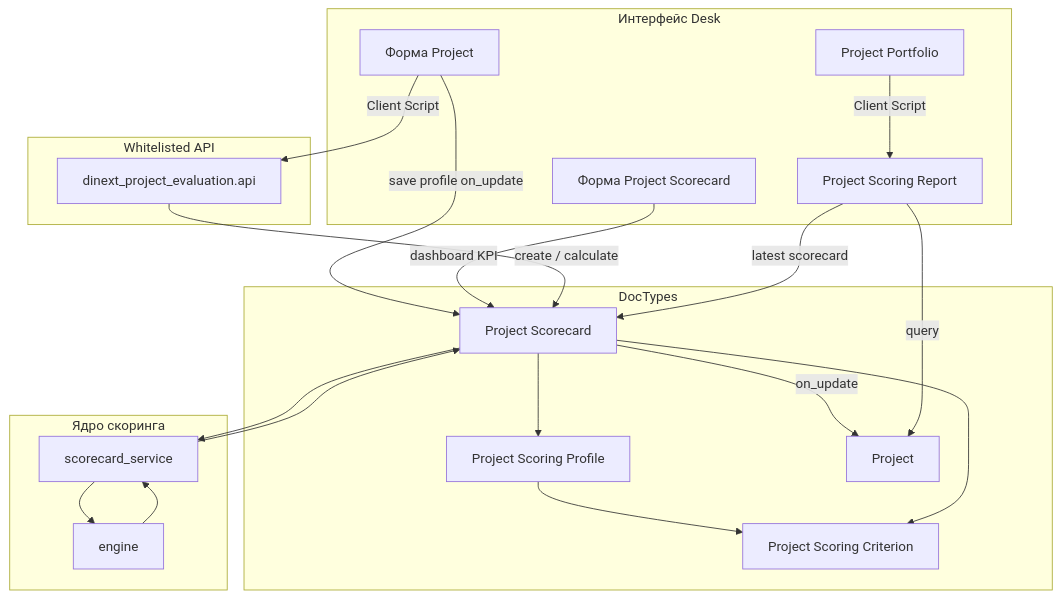
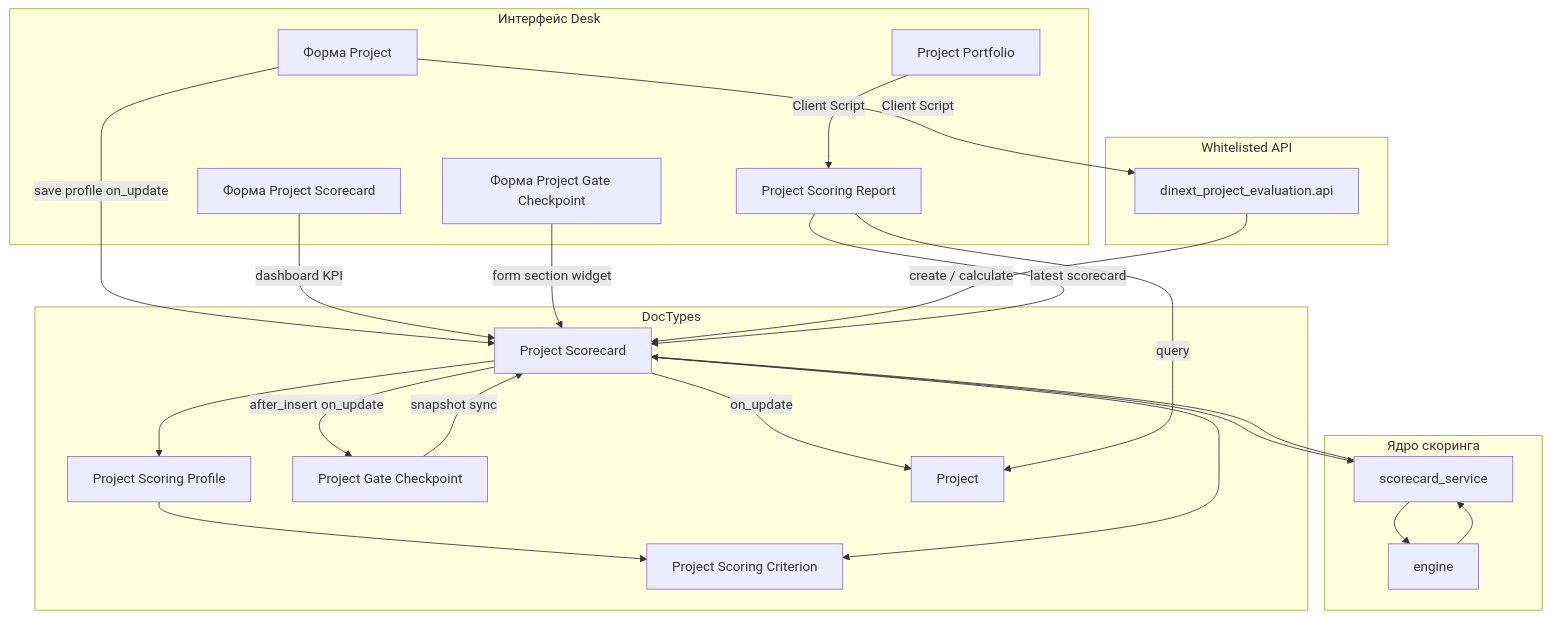
The second of 2 diagrams in README.md (Dinext-pro/dinext-project-evaluation), drawn with Mermaid before and after one commit. The commit also changed other lines of this file and 3 other files, not shown here.

First line of the commit message:
Enhance Project Gate Checkpoint with Stage Scorecard widget integration

````diff
--- a/README.md
+++ b/README.md
@@ -494,41 +531,46 @@
 ```mermaid
 flowchart TB
   subgraph UI["Интерфейс Desk"]
     P[Форма Project]
     SCUI[Форма Project Scorecard]
+    CPUI[Форма Project Gate Checkpoint]
     PP[Project Portfolio]
     R[Project Scoring Report]
   end
 
   subgraph API["Whitelisted API"]
     A[dinext_project_evaluation.api]
   end
 
   subgraph Docs["DocTypes"]
     CR[Project Scoring Criterion]
     PR[Project Scoring Profile]
     SC[Project Scorecard]
+    CP[Project Gate Checkpoint]
     PJ[Project]
   end
 
   subgraph Core["Ядро скоринга"]
     SVC[scorecard_service]
     ENG[engine]
   end
 
   P -->|Client Script| A
   P -->|save profile on_update| SC
   SCUI -->|dashboard KPI| SC
+  CPUI -->|form section widget| SC
+  CP -->|snapshot sync| SC
+  SC -->|after_insert on_update| CP
   PP -->|Client Script| R
   A -->|create / calculate| SC
   SC --> SVC
   SVC --> ENG
   ENG --> SVC
   SVC --> SC
   SC -->|on_update| PJ
   PR --> CR
   SC --> PR
   SC --> CR
   R -->|query| PJ
   R -->|latest scorecard| SC
 ```
````
